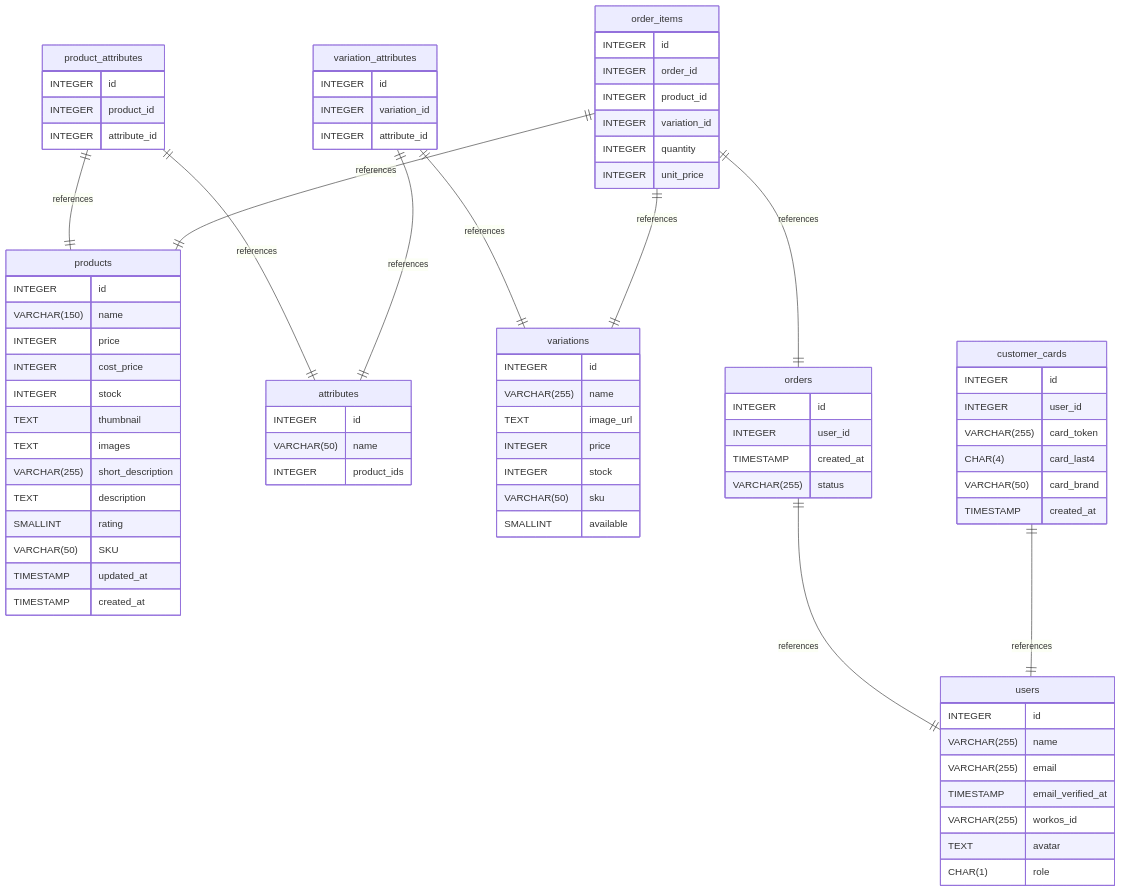
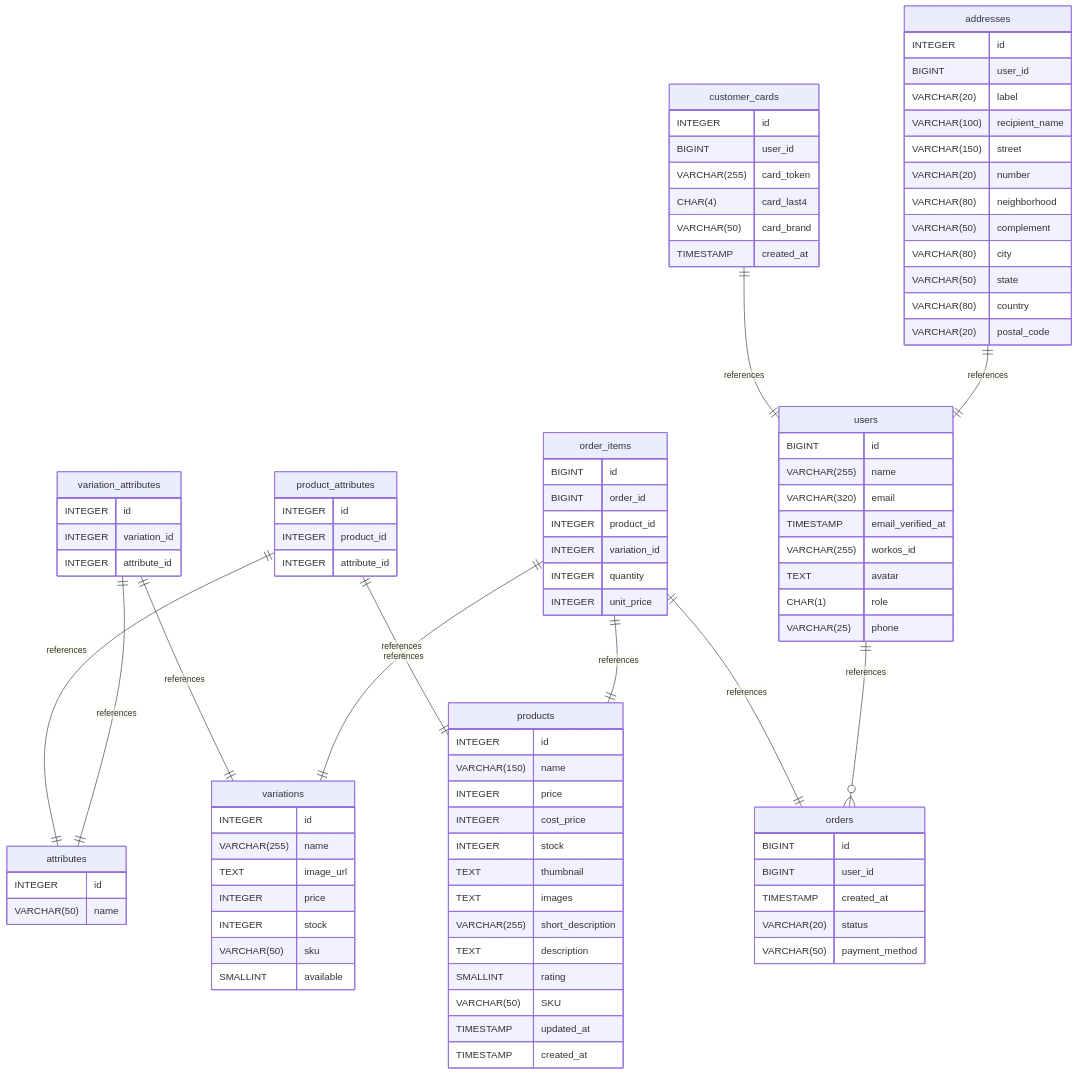
Before and after one commit to Merieli/meraki-shop: the diagram in .docs/src/design-arch/diagram-er.md, drawn with Mermaid. The commit also changed other lines of this file and 4 other files, not shown here.

````diff
--- a/.docs/src/design-arch/diagram-er.md
+++ b/.docs/src/design-arch/diagram-er.md
@@ -8,20 +180,22 @@
 	product_attributes ||--|| attributes : references
 	variation_attributes ||--|| attributes : references
 	variation_attributes ||--|| variations : references
-	orders ||--|| users : references
 	order_items ||--|| orders : references
 	order_items ||--|| products : references
 	order_items ||--|| variations : references
 	customer_cards ||--|| users : references
+	addresses ||--|| users : references
+	users ||--o{ orders : references
 
 	users {
-		INTEGER id
+		BIGINT id
 		VARCHAR(255) name
-		VARCHAR(255) email
+		VARCHAR(320) email
 		TIMESTAMP email_verified_at
 		VARCHAR(255) workos_id
 		TEXT avatar
 		CHAR(1) role
+		VARCHAR(25) phone
 	}
 
 	products {
@@ -49,7 +223,6 @@
 	attributes {
 		INTEGER id
 		VARCHAR(50) name
-		INTEGER product_ids
 	}
 
 	variation_attributes {
@@ -69,15 +242,16 @@
 	}
 
 	orders {
-		INTEGER id
-		INTEGER user_id
+		BIGINT id
+		BIGINT user_id
 		TIMESTAMP created_at
-		VARCHAR(255) status
+		VARCHAR(20) status
+		VARCHAR(50) payment_method
 	}
 
 	order_items {
-		INTEGER id
-		INTEGER order_id
+		BIGINT id
+		BIGINT order_id
 		INTEGER product_id
 		INTEGER variation_id
 		INTEGER quantity
@@ -86,10 +260,25 @@
 
 	customer_cards {
 		INTEGER id
-		INTEGER user_id
+		BIGINT user_id
 		VARCHAR(255) card_token
 		CHAR(4) card_last4
 		VARCHAR(50) card_brand
 		TIMESTAMP created_at
 	}
+
+	addresses {
+		INTEGER id
+		BIGINT user_id
+		VARCHAR(20) label
+		VARCHAR(100) recipient_name
+		VARCHAR(150) street
+		VARCHAR(20) number
+		VARCHAR(80) neighborhood
+		VARCHAR(50) complement
+		VARCHAR(80) city
+		VARCHAR(50) state
+		VARCHAR(80) country
+		VARCHAR(20) postal_code
+	}
 ```
````
